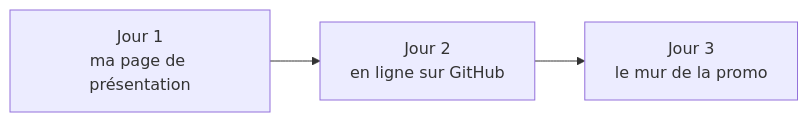
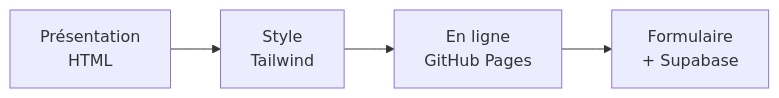
The second of 3 diagrams in accueil.md (Selimmmm/attam-web-intro), drawn with Mermaid before and after one commit. The commit also changed other lines of this file and 11 other files, not shown here.

````diff
--- a/accueil.md
+++ b/accueil.md
@@ -28,5 +31,4 @@
 ```mermaid
 flowchart LR
-  J1[Jour 1<br/>ma page de présentation] --> J2[Jour 2<br/>en ligne sur GitHub]
-  J2 --> J3[Jour 3<br/>le mur de la promo]
+  P[Présentation<br/>HTML] --> S[Style<br/>Tailwind] --> L[En ligne<br/>GitHub Pages] --> F[Formulaire<br/>+ Supabase]
 ```
````
